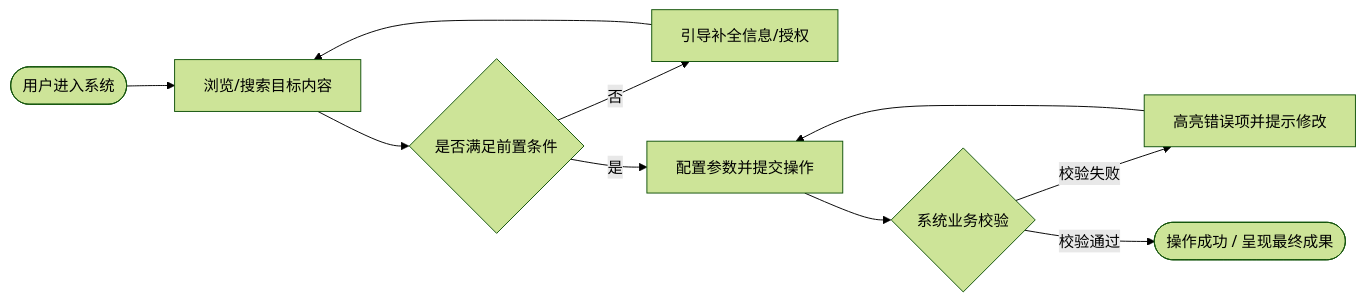
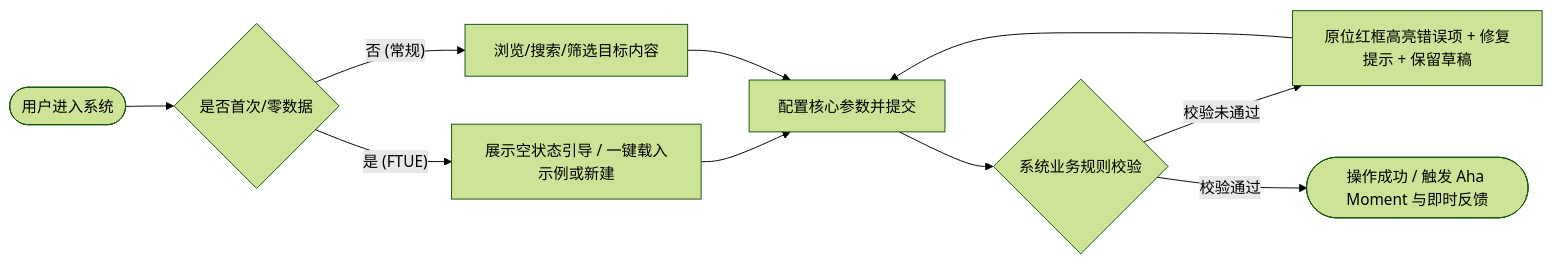
One commit to zhaoxuan-inside/hs-dev-skill changed the second of 2 diagrams in resources/templates/product_design/prd_template.md. Above: the diagram before and after it, drawn with Mermaid (forest theme). The commit also changed other lines of this file and 10 other files, not shown here.

Commit message:
feat(product-design): upgrade stage-0 product discovery, UX laws, dual-track ASCII+Mermaid prototypes, and Gherkin DoD (v2.25)

````diff
--- a/resources/templates/product_design/prd_template.md
+++ b/resources/templates/product_design/prd_template.md
@@ -58,10 +74,9 @@
 ```mermaid
 flowchart LR
-    A([用户进入系统]) --> B[浏览/搜索目标内容]
-    B --> C{是否满足前置条件}
-    C -- 否 --> D[引导补全信息/授权] --> B
-    C -- 是 --> E[配置参数并提交操作]
-    E --> F{系统业务校验}
-    F -- 校验失败 --> G[高亮错误项并提示修改] --> E
-    F -- 校验通过 --> H([操作成功 / 呈现最终成果])
+    A([用户进入系统]) --> B{是否首次/零数据}
+    B -- 是 (FTUE) --> C[展示空状态引导 / 一键载入示例或新建] --> E[配置核心参数并提交]
+    B -- 否 (常规) --> D[浏览/搜索/筛选目标内容] --> E
+    E --> F{系统业务规则校验}
+    F -- 校验未通过 --> G[原位红框高亮错误项 + 修复提示 + 保留草稿] --> E
+    F -- 校验通过 --> H([操作成功 / 触发 Aha Moment 与即时反馈])
 ```
````
